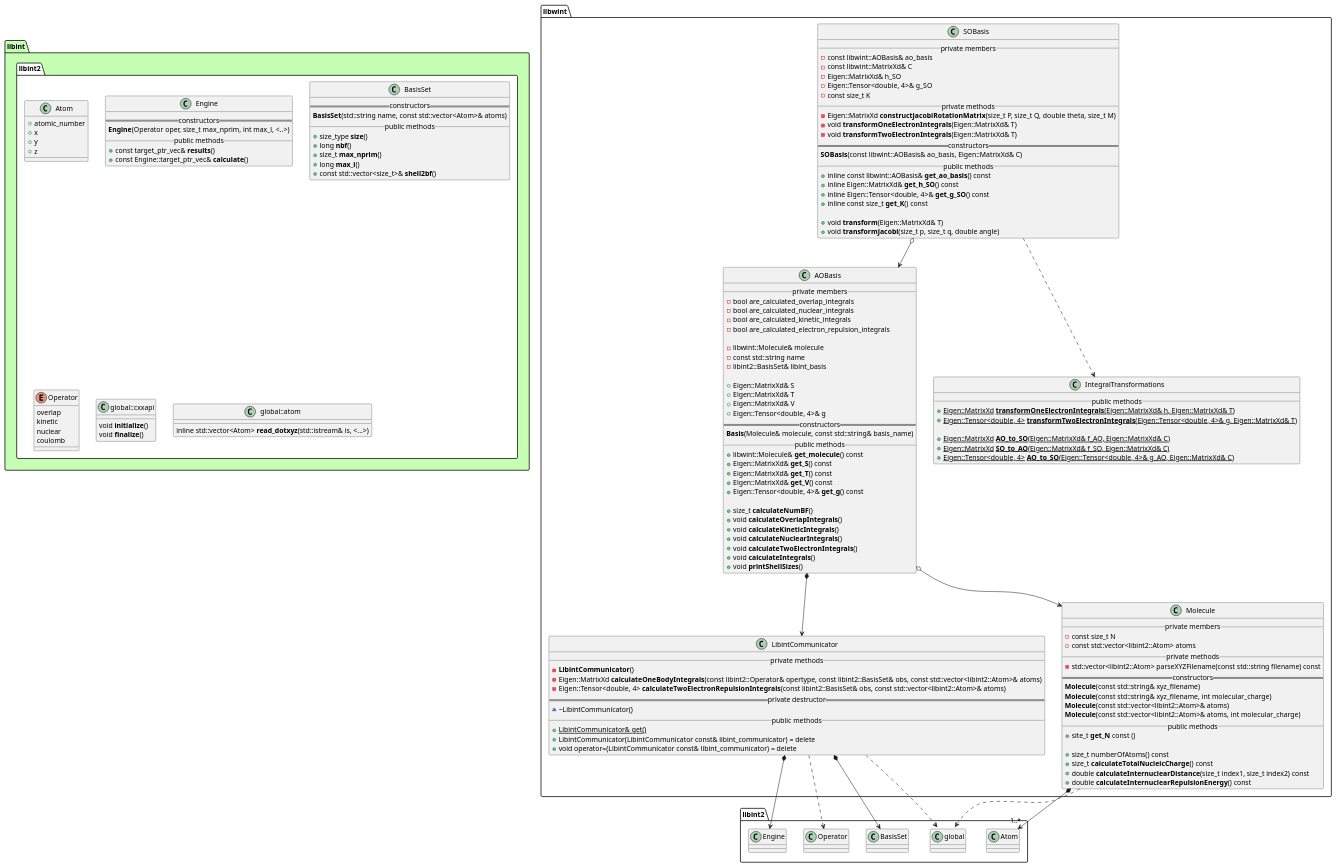
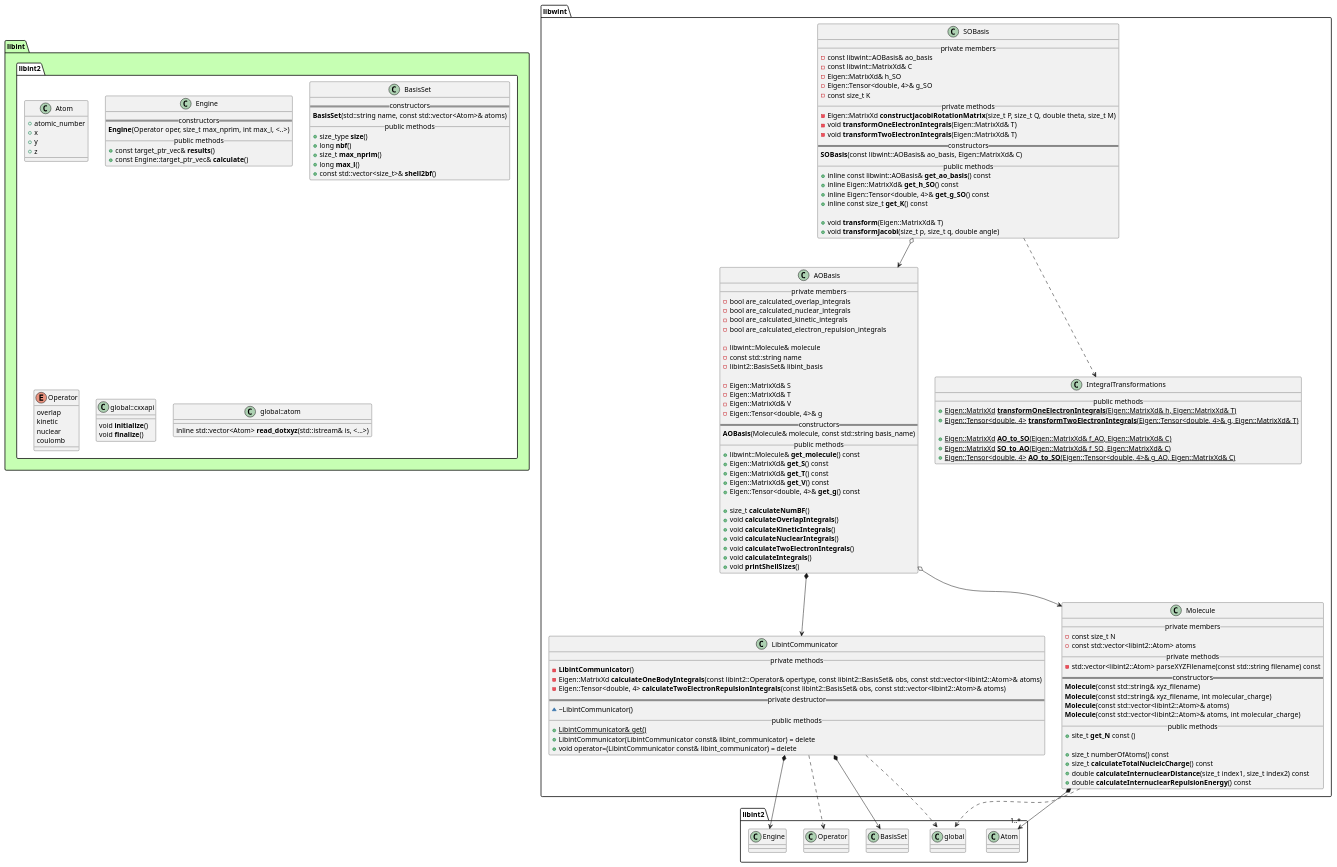
One commit to tmhuysen/libwint changed the diagram in docs/libwint.puml. Above: the diagram before and after it, drawn with PlantUML. The commit also changed 6 other files, not shown here.

```diff
--- a/docs/libwint.puml
+++ b/docs/libwint.puml
@@ -1,178 +1,178 @@
 @startuml
 
 
 
 package libint #c6ffb3 {
     namespace libint2 #ffffff {
         class Atom {
             + atomic_number
             + x
             + y
             + z
         }
 
         class Engine {
             == constructors ==
                 **Engine**(Operator oper, size_t max_nprim, int max_l, <..>)
             __ public methods __
                 + const target_ptr_vec& **results**()
                 + const Engine::target_ptr_vec& **calculate**()
         }
 
         class BasisSet {
             == constructors ==
                 **BasisSet**(std::string name, const std::vector<Atom>& atoms)
             __ public methods __
                 + size_type **size**()
                 + long **nbf**()
                 + size_t **max_nprim**()
                 + long **max_l**()
                 + const std::vector<size_t>& **shell2bf**()
         }
 
         enum Operator {
             overlap
             kinetic
             nuclear
             coulomb
         }
 
         class global::cxxapi {
                 void **initialize**()
                 void **finalize**()
         }
 
         class global::atom {
             inline std::vector<Atom> **read_dotxyz**(std::istream& is, <...>)
         }
     }
 }
 
 
 
 
 namespace libwint {
 
     class AOBasis {
         __ private members __
             - bool are_calculated_overlap_integrals
             - bool are_calculated_nuclear_integrals
             - bool are_calculated_kinetic_integrals
             - bool are_calculated_electron_repulsion_integrals
 
             - libwint::Molecule& molecule
             - const std::string name
             - libint2::BasisSet& libint_basis
 
-            + Eigen::MatrixXd& S
-            + Eigen::MatrixXd& T
-            + Eigen::MatrixXd& V
-            + Eigen::Tensor<double, 4>& g
+            - Eigen::MatrixXd& S
+            - Eigen::MatrixXd& T
+            - Eigen::MatrixXd& V
+            - Eigen::Tensor<double, 4>& g
         == constructors ==
-            **Basis**(Molecule& molecule, const std::string& basis_name)
+            **AOBasis**(Molecule& molecule, const std::string basis_name)
         __ public methods __
             + libwint::Molecule& **get_molecule**() const
             + Eigen::MatrixXd& **get_S**() const
             + Eigen::MatrixXd& **get_T**() const
             + Eigen::MatrixXd& **get_V**() const
             + Eigen::Tensor<double, 4>& **get_g**() const
 
             + size_t **calculateNumBF**()
             + void **calculateOverlapIntegrals**()
             + void **calculateKineticIntegrals**()
             + void **calculateNuclearIntegrals**()
             + void **calculateTwoElectronIntegrals**()
             + void **calculateIntegrals**()
             + void **printShellSizes**()
     }
 
 
     class SOBasis {
         __ private members __
             - const libwint::AOBasis& ao_basis
             - const libwint::MatrixXd& C
             - Eigen::MatrixXd& h_SO
             - Eigen::Tensor<double, 4>& g_SO
             - const size_t K
         __ private methods __
             - Eigen::MatrixXd **constructJacobiRotationMatrix**(size_t P, size_t Q, double theta, size_t M)
             - void **transformOneElectronIntegrals**(Eigen::MatrixXd& T)
             - void **transformTwoElectronIntegrals**(Eigen::MatrixXd& T)
         == constructors ==
             **SOBasis**(const libwint::AOBasis& ao_basis, Eigen::MatrixXd& C)
         __ public methods __
             + inline const libwint::AOBasis& **get_ao_basis**() const
             + inline Eigen::MatrixXd& **get_h_SO**() const
             + inline Eigen::Tensor<double, 4>& **get_g_SO**() const
             + inline const size_t **get_K**() const
 
             + void **transform**(Eigen::MatrixXd& T)
             + void **transformJacobi**(size_t p, size_t q, double angle)
     }
 
 
     class IntegralTransformations {
         __ public methods __
             + {static} Eigen::MatrixXd **transformOneElectronIntegrals**(Eigen::MatrixXd& h, Eigen::MatrixXd& T)
             + {static} Eigen::Tensor<double, 4> **transformTwoElectronIntegrals**(Eigen::Tensor<double, 4>& g, Eigen::MatrixXd& T)
 
             + {static} Eigen::MatrixXd **AO_to_SO**(Eigen::MatrixXd& f_AO, Eigen::MatrixXd& C)
             + {static} Eigen::MatrixXd **SO_to_AO**(Eigen::MatrixXd& f_SO, Eigen::MatrixXd& C)
             + {static} Eigen::Tensor<double, 4> **AO_to_SO**(Eigen::Tensor<double, 4>& g_AO, Eigen::MatrixXd& C)
     }
 
 
     class LibintCommunicator {
         __ private methods __
             - **LibintCommunicator**()
             - Eigen::MatrixXd **calculateOneBodyIntegrals**(const libint2::Operator& opertype, const libint2::BasisSet& obs, const std::vector<libint2::Atom>& atoms)
             - Eigen::Tensor<double, 4> **calculateTwoElectronRepulsionIntegrals**(const libint2::BasisSet& obs, const std::vector<libint2::Atom>& atoms)
         == private destructor ==
             ~ ~LibintCommunicator()
         __ public methods __
             + {static} LibintCommunicator& get()
             + LibintCommunicator(LibintCommunicator const& libint_communicator) = delete
             + void operator=(LibintCommunicator const& libint_communicator) = delete
     }
 
 
     class Molecule {
         __ private members __
             - const size_t N
             - const std::vector<libint2::Atom> atoms
         __ private methods __
             - std::vector<libint2::Atom> parseXYZFilename(const std::string filename) const
         == constructors ==
             **Molecule**(const std::string& xyz_filename)
             **Molecule**(const std::string& xyz_filename, int molecular_charge)
             **Molecule**(const std::vector<libint2::Atom>& atoms)
             **Molecule**(const std::vector<libint2::Atom>& atoms, int molecular_charge)
         __ public methods __
             + site_t **get_N** const ()
 
             + size_t numberOfAtoms() const
             + size_t **calculateTotalNucleicCharge**() const
             + double **calculateInternuclearDistance**(size_t index1, size_t index2) const
             + double **calculateInternuclearRepulsionEnergy**() const
     }
 
 }
 
 
 
 libwint.AOBasis o--> libwint.Molecule
 libwint.AOBasis *--> libwint.LibintCommunicator
 
 libwint.LibintCommunicator *--> libint2.BasisSet
 libwint.LibintCommunicator ..> libint2.Operator
 libwint.LibintCommunicator *--> libint2.Engine
 libwint.LibintCommunicator ..> libint2.global::cxxapi
 
 libwint.Molecule *--> "1..*" libint2.Atom
 libwint.Molecule ..> libint2.global::atom
 
 libwint.SOBasis ..> libwint.IntegralTransformations
 libwint.SOBasis o--> libwint.AOBasis
 
 
 @enduml
```
